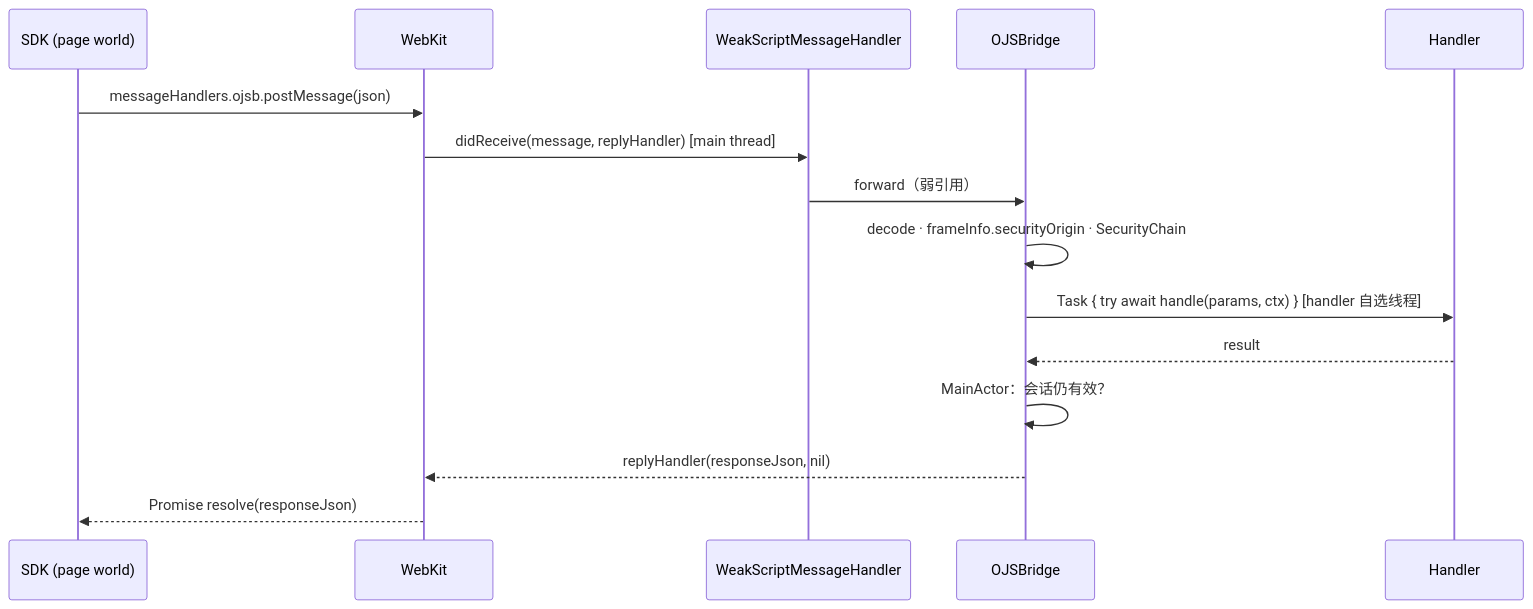
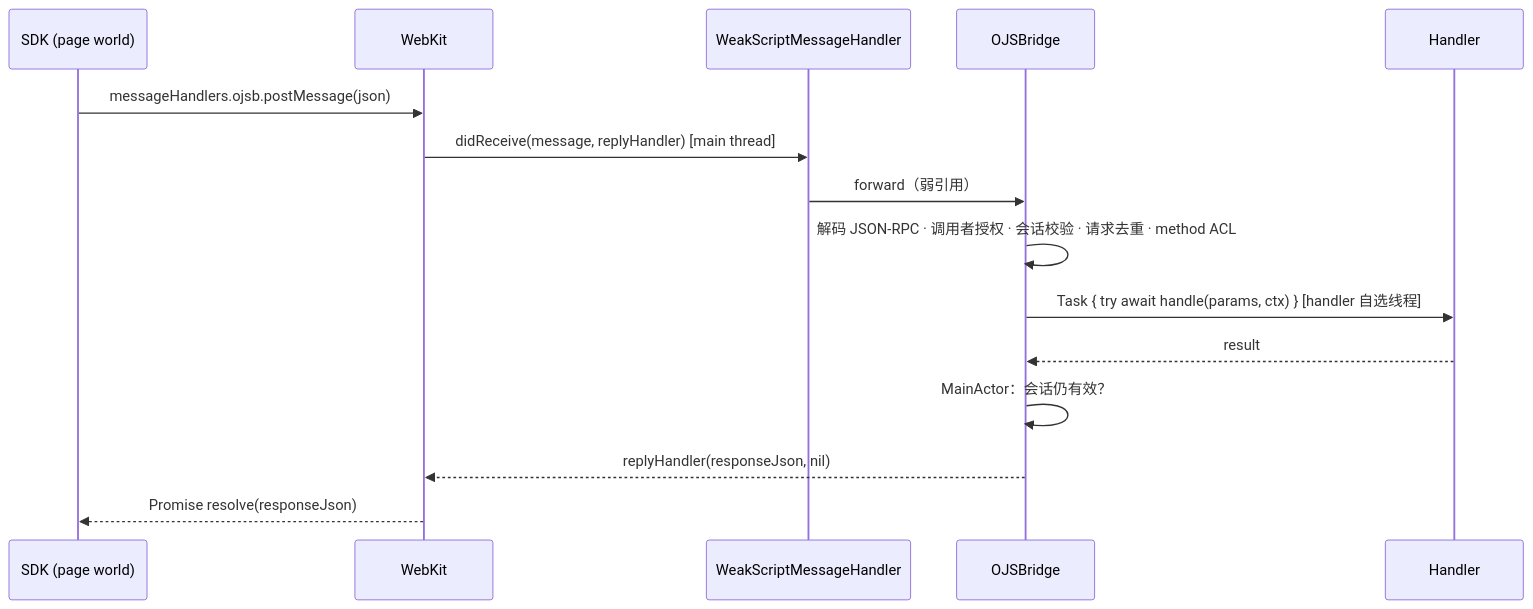
The second of 2 diagrams in docs/native-ios.md (Josp3r/open-jsbridge), drawn with Mermaid before and after one commit. The commit also changed other lines of this file and 25 other files, not shown here.

Commit message:
feat: add JSON-RPC protocol and TypeScript bridge core

````diff
--- a/docs/native-ios.md
+++ b/docs/native-ios.md
@@ -75,17 +76,17 @@
 ```mermaid
 sequenceDiagram
   participant JS as SDK (page world)
   participant WK as WebKit
   participant P as WeakScriptMessageHandler
   participant B as OJSBridge
   participant H as Handler
   JS->>WK: messageHandlers.ojsb.postMessage(json)
   WK->>P: didReceive(message, replyHandler)  [main thread]
   P->>B: forward（弱引用）
-  B->>B: decode · frameInfo.securityOrigin · SecurityChain
+  B->>B: 解码 JSON-RPC · 调用者授权 · 会话校验 · 请求去重 · method ACL
   B->>H: Task { try await handle(params, ctx) }  [handler 自选线程]
   H-->>B: result
   B->>B: MainActor：会话仍有效？
   B-->>WK: replyHandler(responseJson, nil)
   WK-->>JS: Promise resolve(responseJson)
 ```
````
